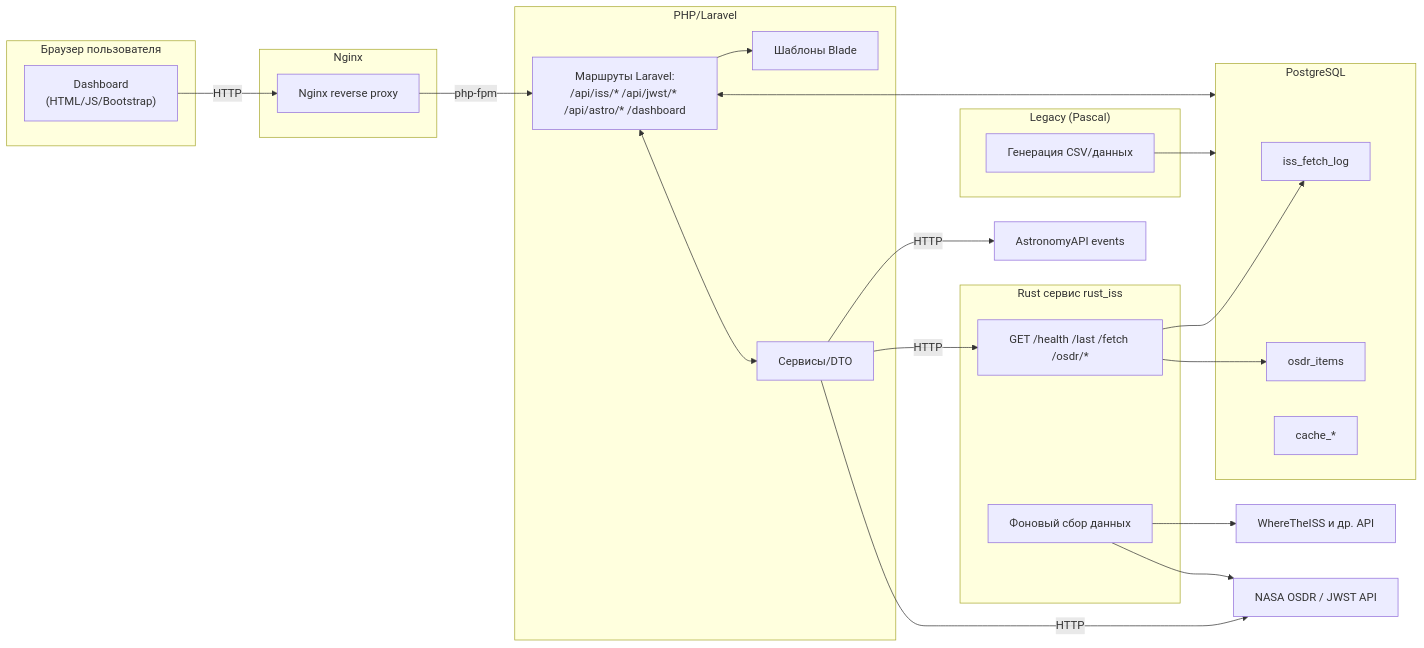
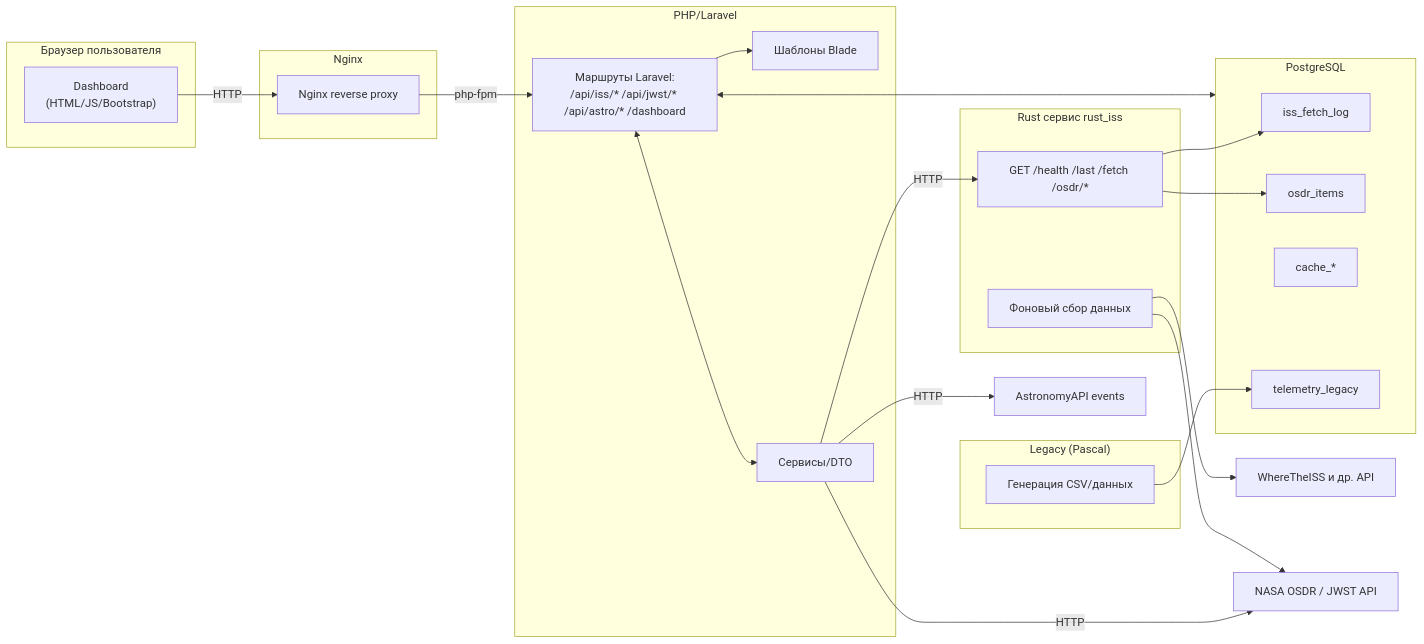
Before and after one commit to KoLili12/he-path-of-the-samurai: the first of 2 diagrams in Readme.md, drawn with Mermaid. The commit also changed other lines of this file, not shown here.

````diff
--- a/Readme.md
+++ b/Readme.md
@@ -10,49 +49,50 @@
 ```mermaid
 flowchart LR
   subgraph Client["Браузер пользователя"]
     UI["Dashboard<br/>(HTML/JS/Bootstrap)"]
   end
 
   subgraph Edge["Nginx"]
     N["Nginx reverse proxy"]
   end
 
   subgraph Web["PHP/Laravel"]
     LAPI["Маршруты Laravel:<br/>/api/iss/* /api/jwst/* /api/astro/* /dashboard"]
     Views["Шаблоны Blade"]
     Services["Сервисы/DTO"]
   end
 
   subgraph Rust["Rust сервис rust_iss"]
     RAPI["GET /health /last /fetch /osdr/*"]
     Scheduler["Фоновый сбор данных"]
   end
 
   subgraph DB["PostgreSQL"]
     T1["iss_fetch_log"]
     T2["osdr_items"]
     T3["cache_*"]
+    T4["telemetry_legacy"]
   end
 
   subgraph Legacy["Legacy (Pascal)"]
     Pascal["Генерация CSV/данных"]
   end
 
   Ext1["WhereTheISS и др. API"]
   Ext2["NASA OSDR / JWST API"]
   Ext3["AstronomyAPI events"]
 
   UI -->|HTTP| N
   N -->|php-fpm| LAPI
   LAPI --> Views
   LAPI <--> Services
   Services -->|HTTP| RAPI
   Services -->|HTTP| Ext2
   Services -->|HTTP| Ext3
   RAPI --> T1
   RAPI --> T2
   Scheduler --> Ext1
   Scheduler --> Ext2
-  Pascal --> DB
+  Pascal --> T4
   DB <--> LAPI
 ```
````
